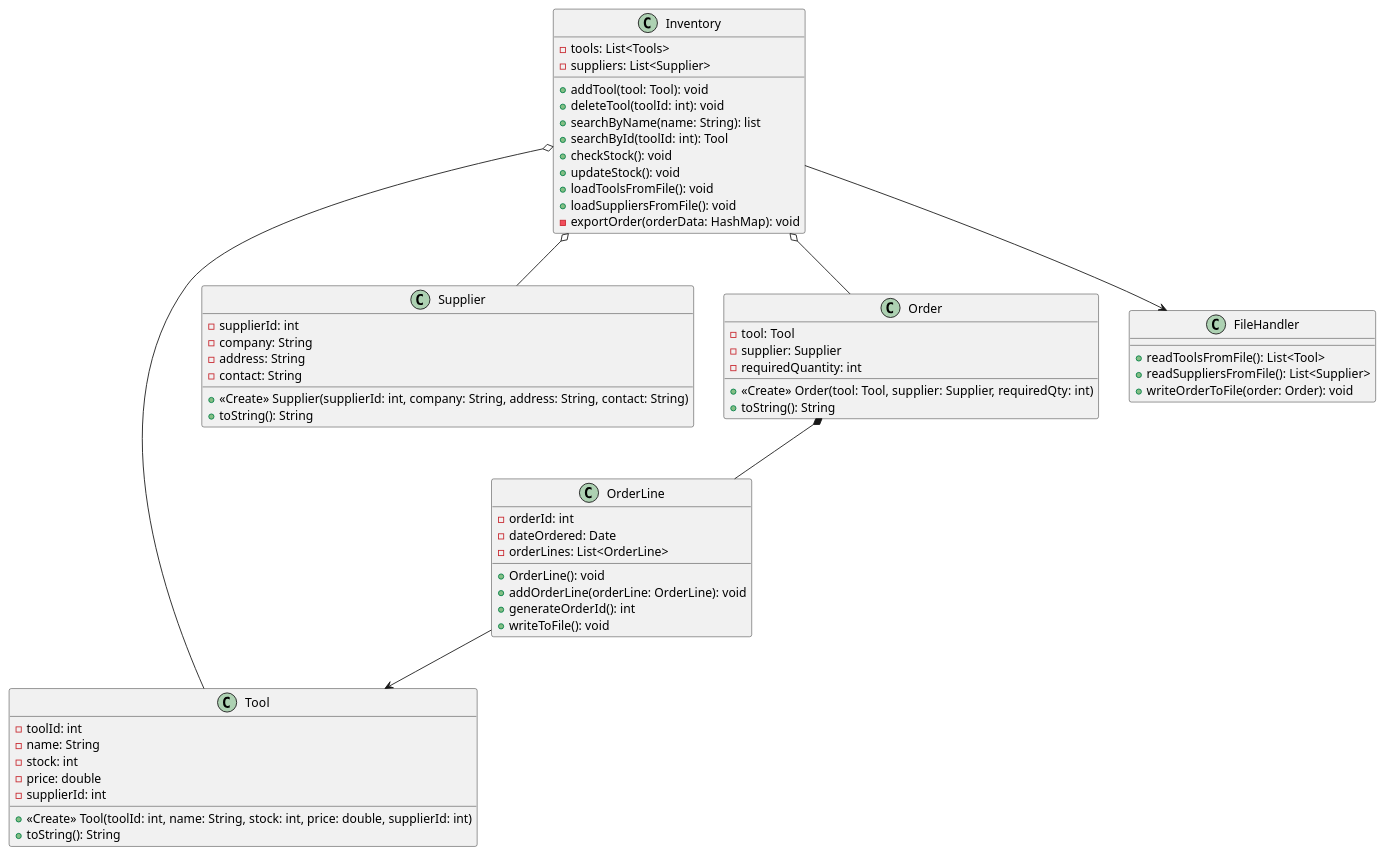
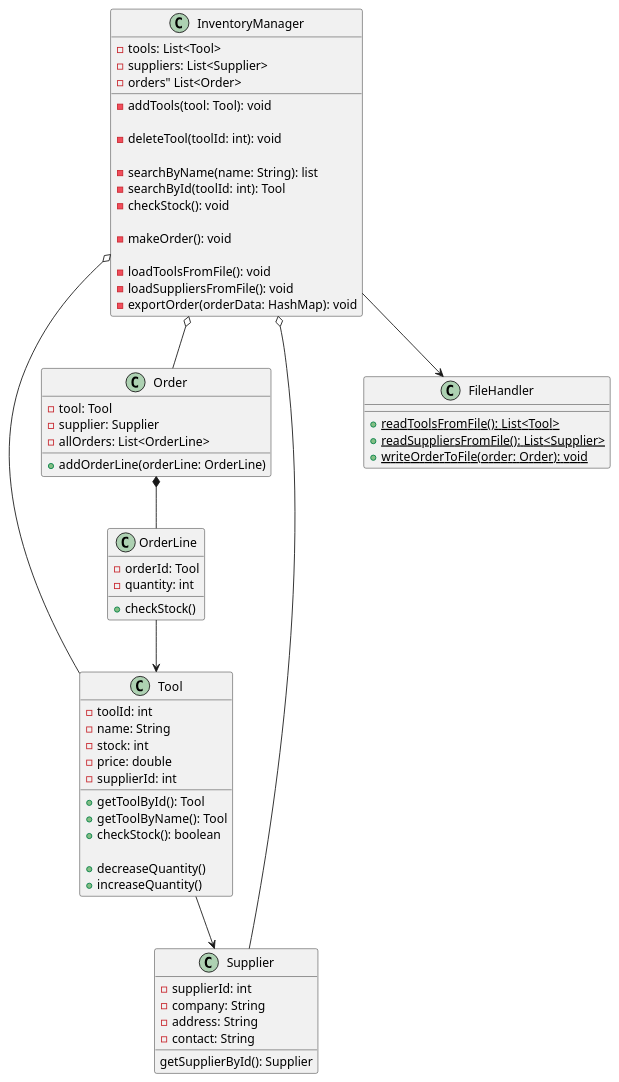
Before and after one commit to chvaldez10/MEng-Fall-Group: the diagram in Playground/Christian/Assignment 1/assignment1/shop.puml, drawn with PlantUML. The commit also changed 3 other files, not shown here.

Commit message:
created base line class diagram for inventory manager app

```diff
--- a/Playground/Christian/Assignment 1/assignment1/shop.puml
+++ b/Playground/Christian/Assignment 1/assignment1/shop.puml
@@ -1,71 +1,97 @@
 @startuml
-    class Inventory {
-        - tools: List<Tools>
+    class InventoryManager {
+        /' class attributes '/
+        - tools: List<Tool>
         - suppliers: List<Supplier>
-        + addTool(tool: Tool): void
-        + deleteTool(toolId: int): void
-        + searchByName(name: String): list
-        + searchById(toolId: int): Tool
-        + checkStock(): void
-        + updateStock(): void
-        + loadToolsFromFile(): void
-        + loadSuppliersFromFile(): void
+        - orders" List<Order>
+
+        /' create|add tools '/
+        - addTools(tool: Tool): void
+
+        /' delete tools '/
+        - deleteTool(toolId: int): void
+
+        /' read tools '/
+        - searchByName(name: String): list
+        - searchById(toolId: int): Tool
+        - checkStock(): void
+
+        /' update tools '/
+        - makeOrder(): void
+
+        /' file handler '/
+        - loadToolsFromFile(): void
+        - loadSuppliersFromFile(): void
         - exportOrder(orderData: HashMap): void
     }
 
     class Tool {
+        /' class attributes '/
         - toolId: int
         - name: String
         - stock: int
         - price: double
         - supplierId: int
 
-        + <<Create>> Tool(toolId: int, name: String, stock: int, price: double, supplierId: int)
-        + toString(): String
+        /' get data '/
+        + getToolById(): Tool
+        + getToolByName(): Tool
+        + checkStock(): boolean
+
+        /' update data '/
+        + decreaseQuantity()
+        + increaseQuantity()
     }
 
     class Supplier {
+        /' class attributes '/
         - supplierId: int
         - company: String
         - address: String
         - contact: String
 
-        + <<Create>> Supplier(supplierId: int, company: String, address: String, contact: String)
-        + toString(): String
+        /' read data '/
+        getSupplierById(): Supplier
     }
 
     class Order {
+        /' class attributes '/
         - tool: Tool
         - supplier: Supplier
-        - requiredQuantity: int
+        - allOrders: List<OrderLine>
 
-        + <<Create>> Order(tool: Tool, supplier: Supplier, requiredQty: int)
-        + toString(): String
+        /' creates one order '/
+        + addOrderLine(orderLine: OrderLine)
     }
 
     class OrderLine {
-        - orderId: int
-        - dateOrdered: Date
-        - orderLines: List<OrderLine>
+        /' class attributes '/
+        - orderId: Tool
+        - quantity: int
 
-        + OrderLine(): void
-        + addOrderLine(orderLine: OrderLine): void
-        + generateOrderId(): int
-        + writeToFile(): void
+        /' check stock '/
+        + checkStock()
     }
 
     class FileHandler {
-        + readToolsFromFile(): List<Tool>
-        + readSuppliersFromFile(): List<Supplier>
-        + writeOrderToFile(order: Order): void
+        /' read files '/
+        + {static} readToolsFromFile(): List<Tool>
+        + {static} readSuppliersFromFile(): List<Supplier>
+        + {static} writeOrderToFile(order: Order): void
     }
 
-    Inventory --> FileHandler
-    Inventory o-- Tool
-    Inventory o-- Supplier
+    /' relationships for InventoryManager '/
+    InventoryManager --> FileHandler
+    InventoryManager o-- Tool
+    InventoryManager o-- Supplier
+    InventoryManager o-- Order
 
-    Inventory o-- Order
+    /' relationships for Tool and Supplier '/
+    Tool -->  Supplier
+
+    /' relationships for Order '/
     Order *-- OrderLine
 
+    /' relationships for OrderLine '/
     OrderLine --> Tool
 @enduml
```
